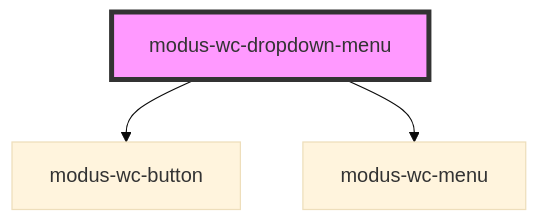
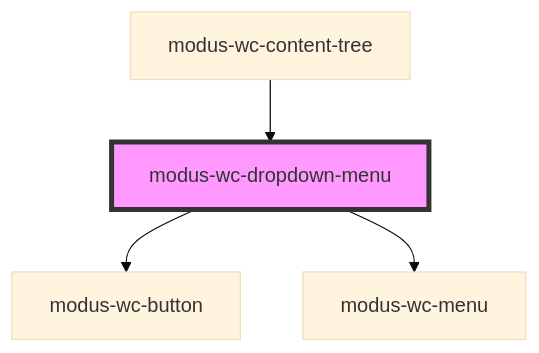
One commit to trimble-oss/modus-wc-2.0 changed the diagram in src/components/modus-wc-dropdown-menu/readme.md. Above: the diagram before and after it, drawn with Mermaid (base theme). The commit also changed other lines of this file and 20 other files, not shown here.

````diff
--- a/src/components/modus-wc-dropdown-menu/readme.md
+++ b/src/components/modus-wc-dropdown-menu/readme.md
@@ -48,6 +52,7 @@
 ```mermaid
 graph TD;
   modus-wc-dropdown-menu --> modus-wc-button
   modus-wc-dropdown-menu --> modus-wc-menu
+  modus-wc-content-tree --> modus-wc-dropdown-menu
   style modus-wc-dropdown-menu fill:#f9f,stroke:#333,stroke-width:4px
 ```
````
